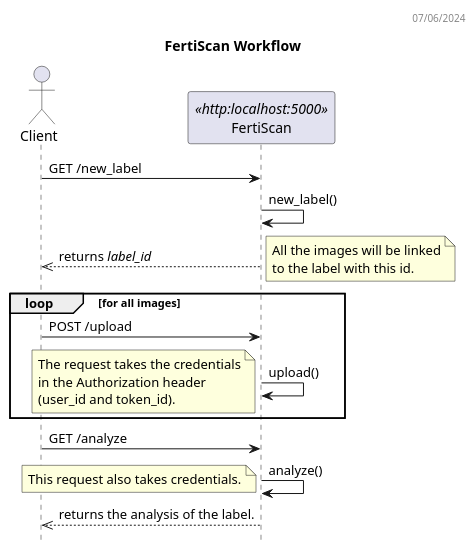
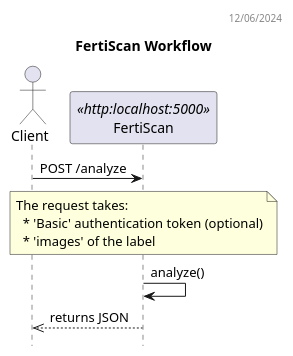
The diagram in docs/workflow_dss.puml (ai-cfia/fertiscan-backend), drawn with PlantUML before and after one commit. The commit also changed 9 other files, not shown here.

First line of the commit message:
Issue #46: Support sending images with /analyze request (#57)

```diff
--- a/docs/workflow_dss.puml
+++ b/docs/workflow_dss.puml
@@ -1,33 +1,19 @@
 @startuml FertiScan Sequence Diagram
-header 07/06/2024
+header 12/06/2024
 
 title FertiScan Workflow
 hide empty members
 hide footbox
 
 actor "Client" as C
 participant FertiScan as F <<http:localhost:5000>>
 
-C -> F: GET /new_label
-F -> F: new_label()
-C <<-- F: returns //label_id//
-note right
-  All the images will be linked
-  to the label with this id.
+C -> F: POST /analyze
+note over F
+  The request takes:
+    * 'Basic' authentication token (optional)
+    * 'images' of the label
 end note
-loop for all images
-  C -> F: POST /upload
-  F -> F: upload()
-  note left
-    The request takes the credentials
-    in the Authorization header 
-    (user_id and token_id).
-  end note
-end
-C -> F: GET /analyze
 F -> F: analyze()  
-note left    
-  This request also takes credentials.
-end note
-C <<-- F: returns the analysis of the label.
+C <<-- F: returns JSON
 @enduml
```
